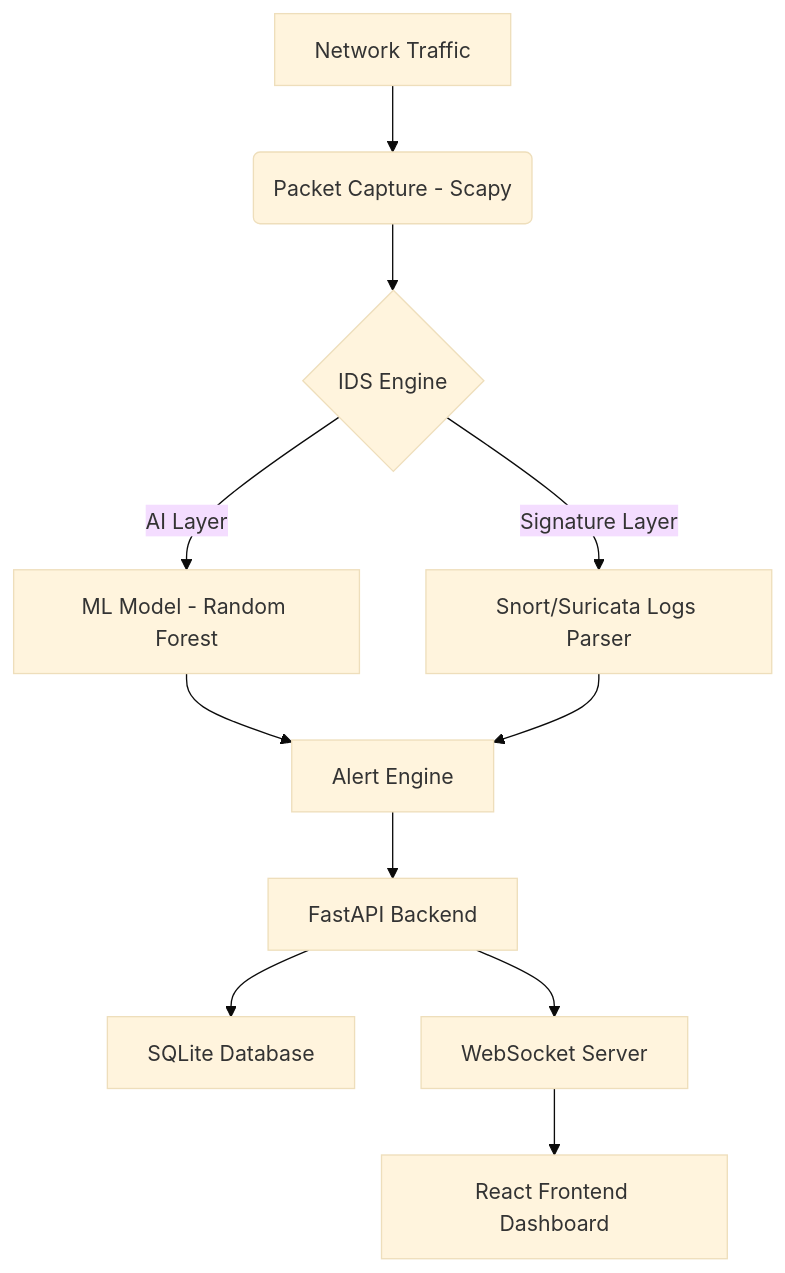
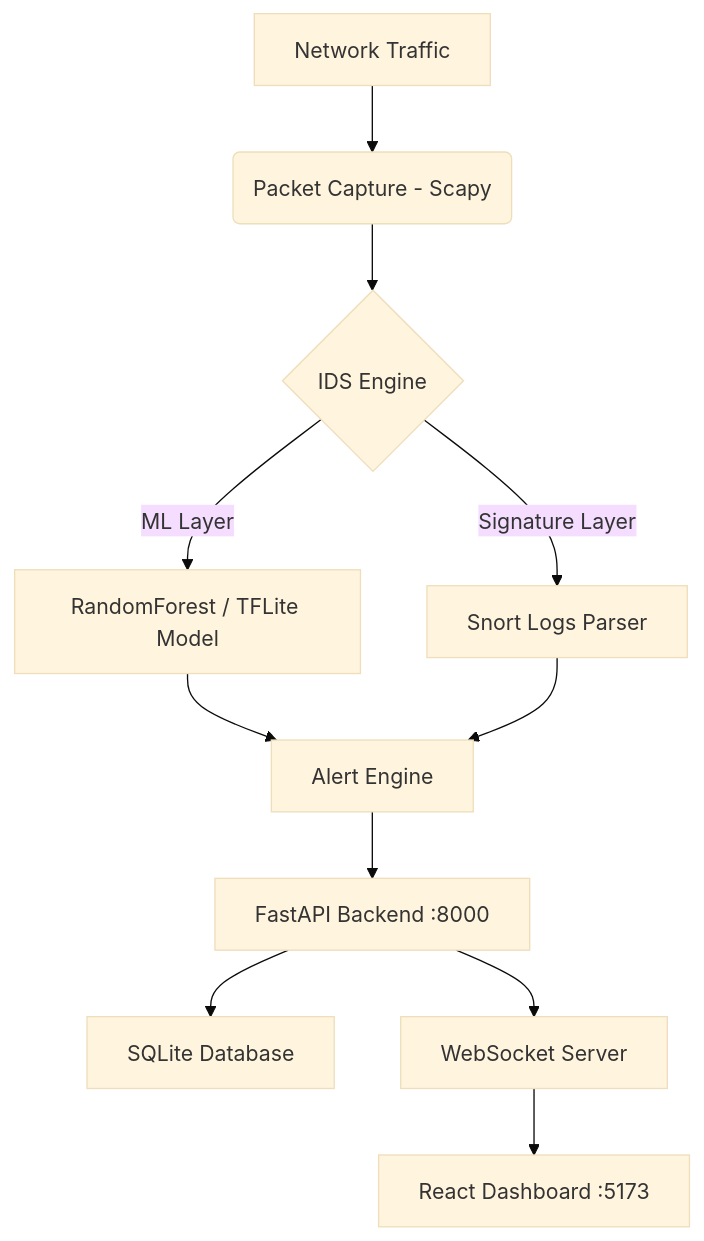
One commit to ghassanalmazruii92/LightGuard-IDS changed the first of 2 diagrams in README.md. Above: the diagram before and after it, drawn with Mermaid (base theme). The commit also changed other lines of this file and 1 other file, not shown here.

Commit message:
Fix README: Snort only, Python 3.11, correct users, MFA endpoints

````diff
--- a/README.md
+++ b/README.md
@@ -25,13 +54,13 @@
 ```mermaid
 graph TD
     A[Network Traffic] --> B(Packet Capture - Scapy)
     B --> C{IDS Engine}
-    C -->|AI Layer| D[ML Model - Random Forest]
-    C -->|Signature Layer| E[Snort/Suricata Logs Parser]
+    C -->|ML Layer| D[RandomForest / TFLite Model]
+    C -->|Signature Layer| E[Snort Logs Parser]
     D --> F[Alert Engine]
     E --> F
-    F --> G[FastAPI Backend]
+    F --> G[FastAPI Backend :8000]
     G --> H[SQLite Database]
     G --> I[WebSocket Server]
-    I --> J[React Frontend Dashboard]
+    I --> J[React Dashboard :5173]
 ```
````
